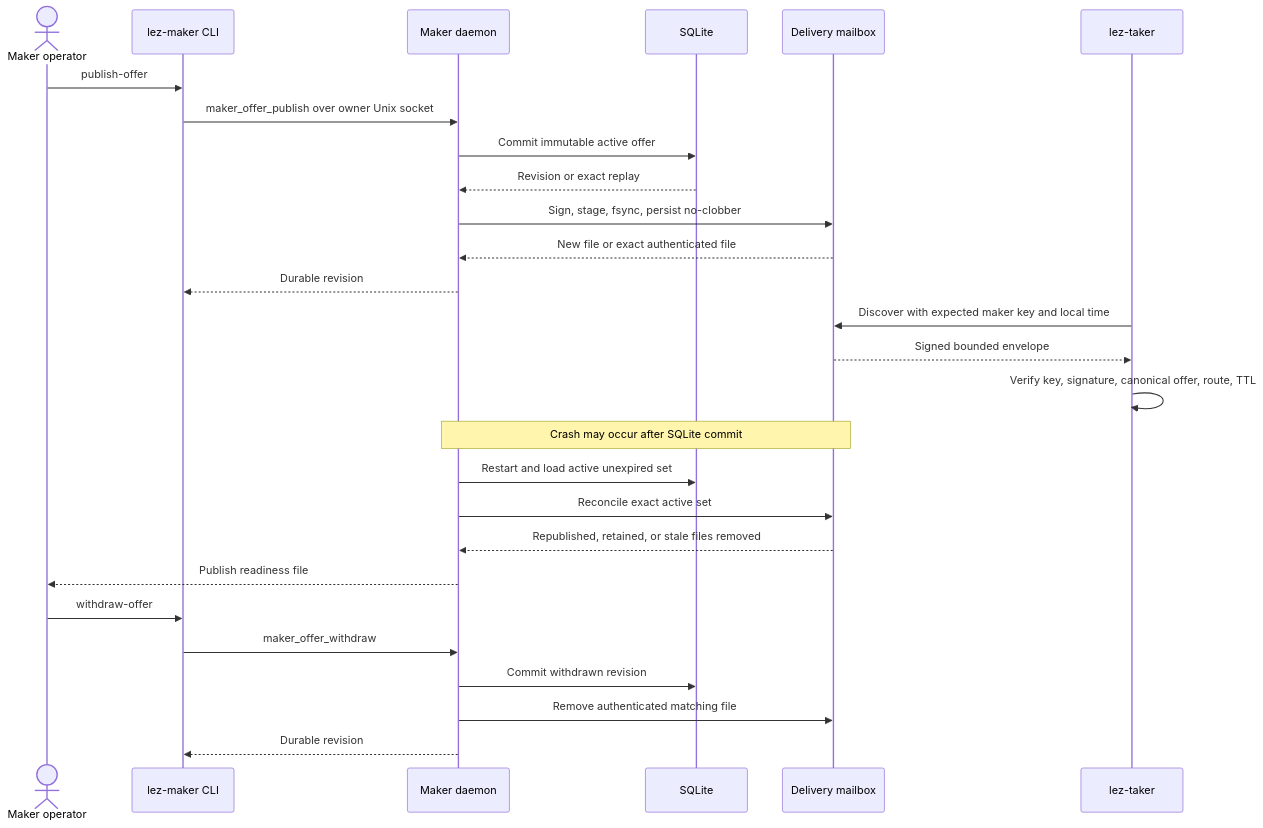
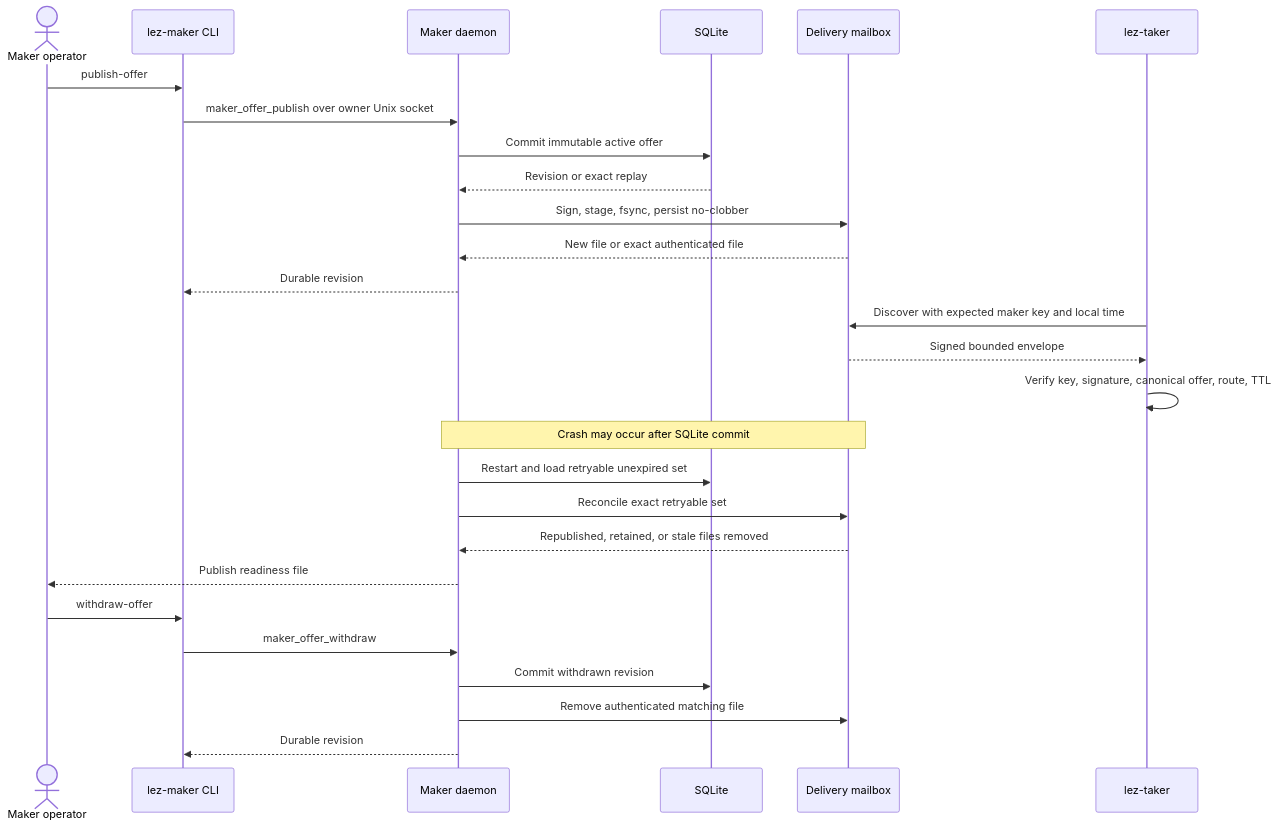
The second of 2 diagrams in docs/architecture/0088-reconcile-daemon-delivery-from-durable-offers.md (gateway-fm/lez-atomic-swaps), drawn with Mermaid before and after one commit. The commit also changed other lines of this file and 15 other files, not shown here.

````diff
--- a/docs/architecture/0088-reconcile-daemon-delivery-from-durable-offers.md
+++ b/docs/architecture/0088-reconcile-daemon-delivery-from-durable-offers.md
@@ -49,32 +50,32 @@
 ```mermaid
 sequenceDiagram
     actor O as Maker operator
     participant C as lez-maker CLI
     participant D as Maker daemon
     participant S as SQLite
     participant M as Delivery mailbox
     participant T as lez-taker
 
     O->>C: publish-offer
     C->>D: maker_offer_publish over owner Unix socket
     D->>S: Commit immutable active offer
     S-->>D: Revision or exact replay
     D->>M: Sign, stage, fsync, persist no-clobber
     M-->>D: New file or exact authenticated file
     D-->>C: Durable revision
     T->>M: Discover with expected maker key and local time
     M-->>T: Signed bounded envelope
     T->>T: Verify key, signature, canonical offer, route, TTL
 
     Note over D,M: Crash may occur after SQLite commit
-    D->>S: Restart and load active unexpired set
-    D->>M: Reconcile exact active set
+    D->>S: Restart and load retryable unexpired set
+    D->>M: Reconcile exact retryable set
     M-->>D: Republished, retained, or stale files removed
     D-->>O: Publish readiness file
 
     O->>C: withdraw-offer
     C->>D: maker_offer_withdraw
     D->>S: Commit withdrawn revision
     D->>M: Remove authenticated matching file
     D-->>C: Durable revision
 ```
````
